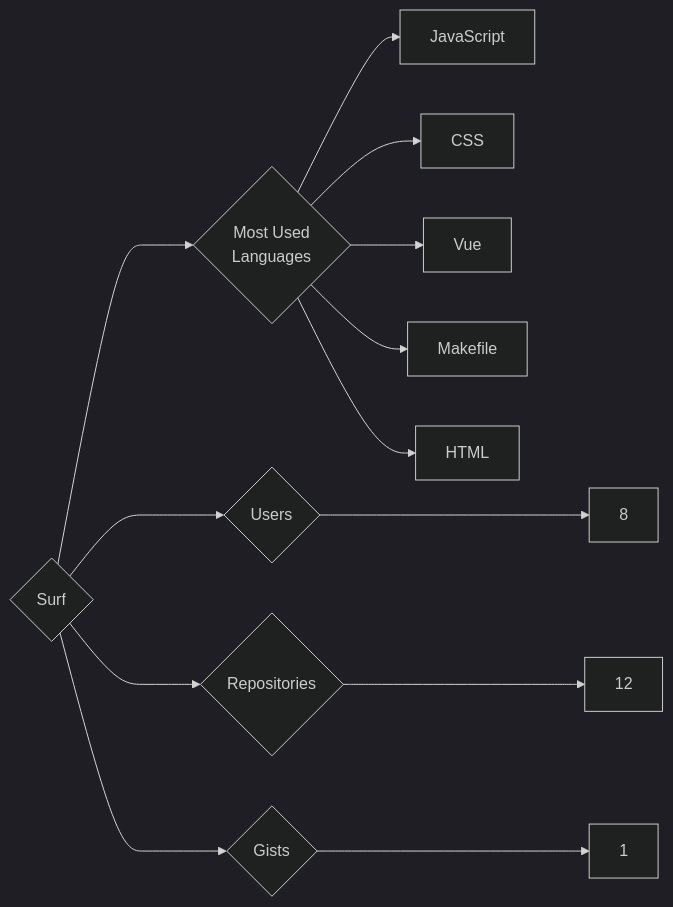
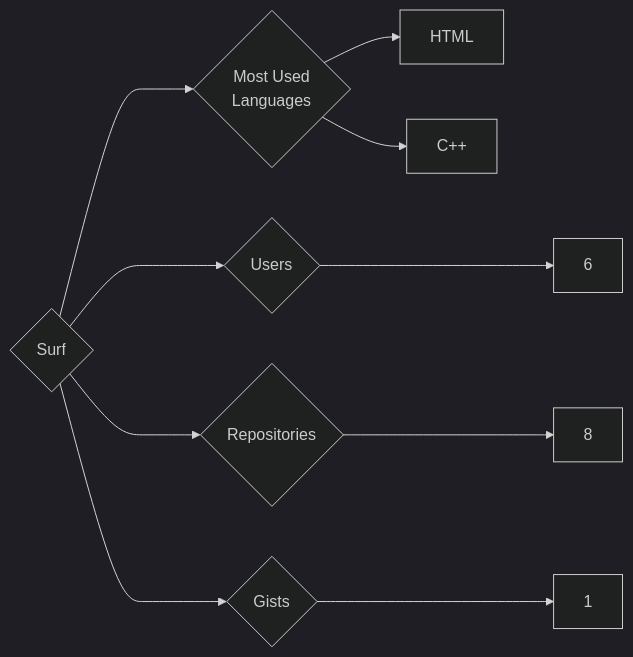
One commit to trickest/insiders changed the diagram in targets/Surf/README.md. Above: the diagram before and after it, drawn with Mermaid (dark theme). The commit also changed 1508 other files, not shown here.

````diff
--- a/targets/Surf/README.md
+++ b/targets/Surf/README.md
@@ -3,13 +3,10 @@
 ```mermaid
 graph LR
 COMPANY_NAME{Surf}
-COMPANY_NAME ---> U{Users} ---> UN[8]
-COMPANY_NAME ---> R{Repositories} ---> RN[12]
+COMPANY_NAME ---> U{Users} ---> UN[6]
+COMPANY_NAME ---> R{Repositories} ---> RN[8]
 COMPANY_NAME ---> G{Gists} ---> GN[1]
 COMPANY_NAME ---> ML{Most Used<br>Languages}
-ML --> JavaScript[JavaScript]
-ML --> CSS[CSS]
-ML --> Vue[Vue]
-ML --> Makefile[Makefile]
 ML --> HTML[HTML]
+ML --> C++[C++]
 ```
````
